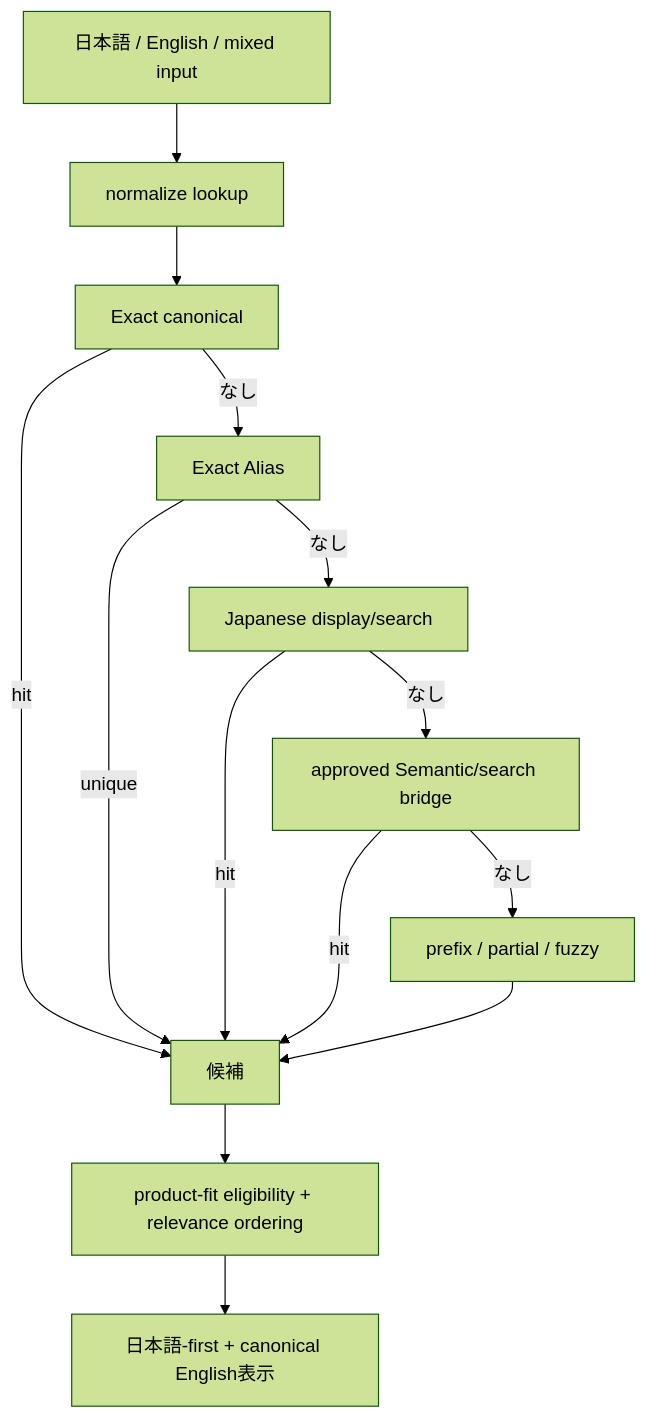
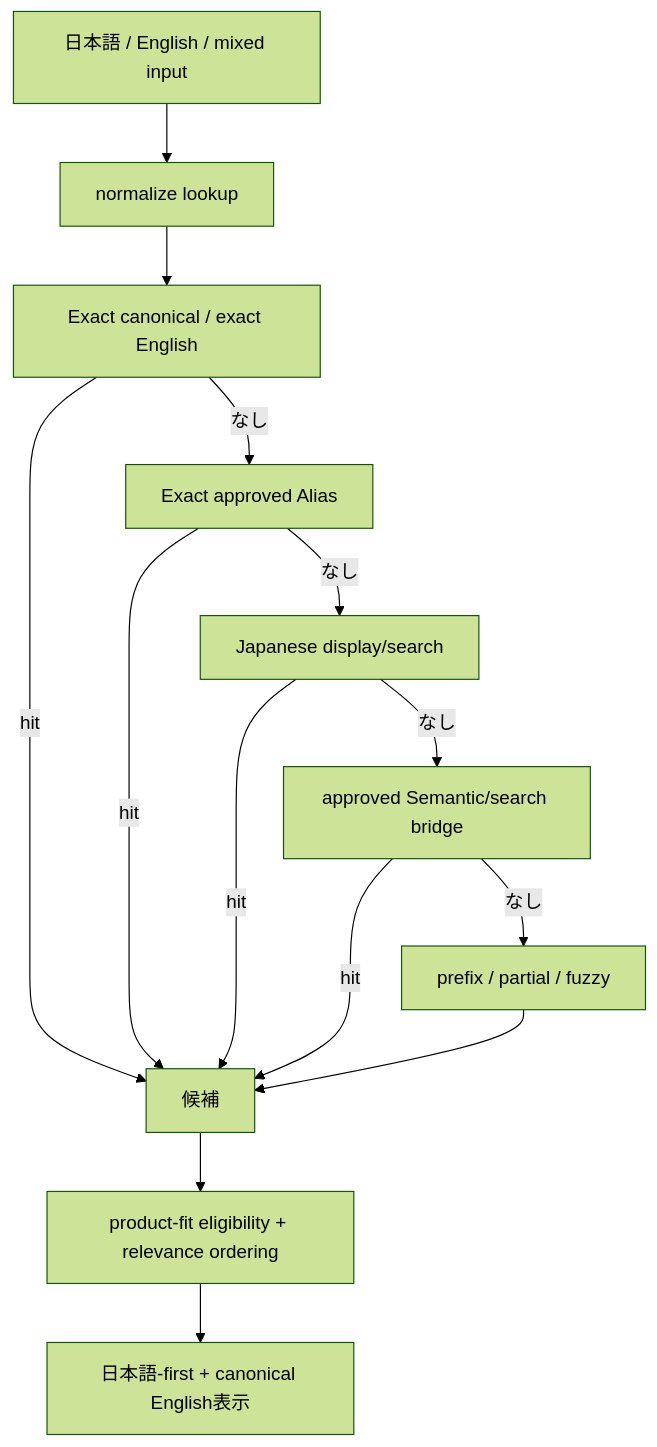
One commit to takasago181/DanbooruTagTool changed the second of 8 diagrams in docs/FLOWCHARTS.md. Above: the diagram before and after it, drawn with Mermaid (forest theme). The commit also changed other lines of this file, not shown here.

````diff
--- a/docs/FLOWCHARTS.md
+++ b/docs/FLOWCHARTS.md
@@ -24,16 +24,16 @@
 ```mermaid
 flowchart TD
  A[日本語 / English / mixed input] --> B[normalize lookup]
- B --> C[Exact canonical]
- C -->|なし| D[Exact Alias]
+ B --> C[Exact canonical / exact English]
+ C -->|なし| D[Exact approved Alias]
  D -->|なし| E[Japanese display/search]
  E -->|なし| F[approved Semantic/search bridge]
  F -->|なし| G[prefix / partial / fuzzy]
  C -->|hit| H[候補]
- D -->|unique| H
+ D -->|hit| H
  E -->|hit| H
  F -->|hit| H
  G --> H
  H --> I[product-fit eligibility + relevance ordering]
  I --> J[日本語-first + canonical English表示]
 ```
````
